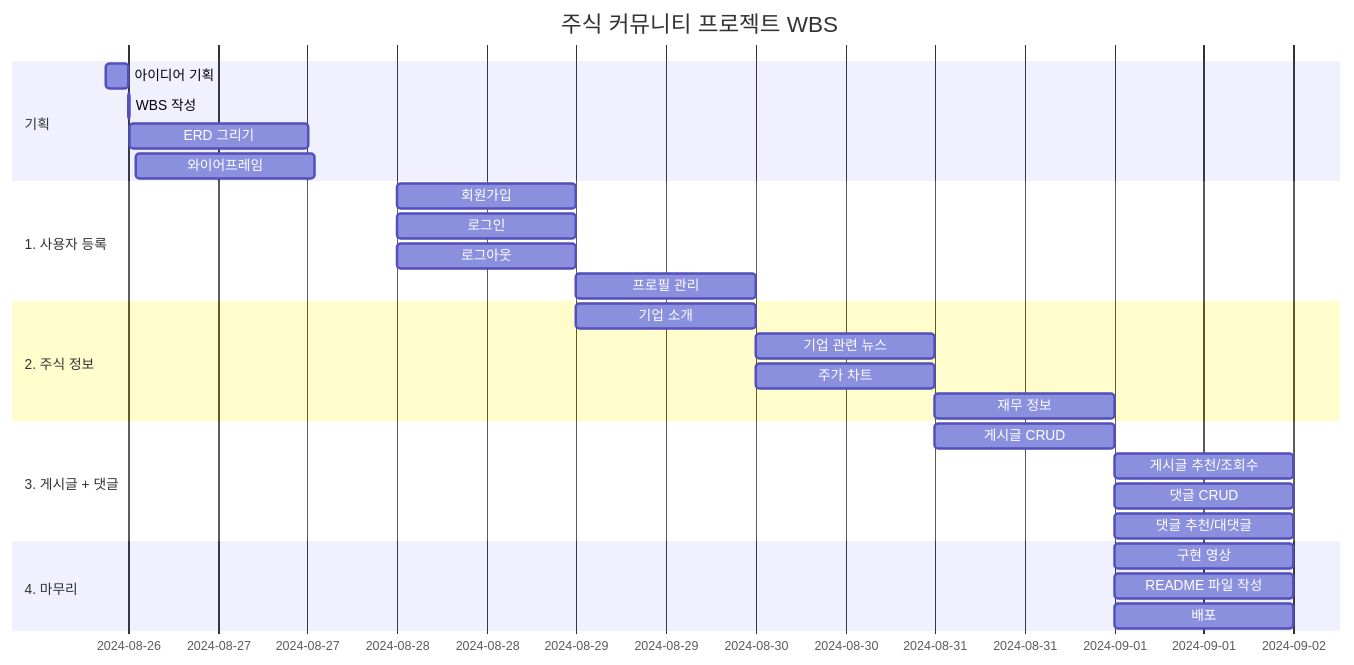
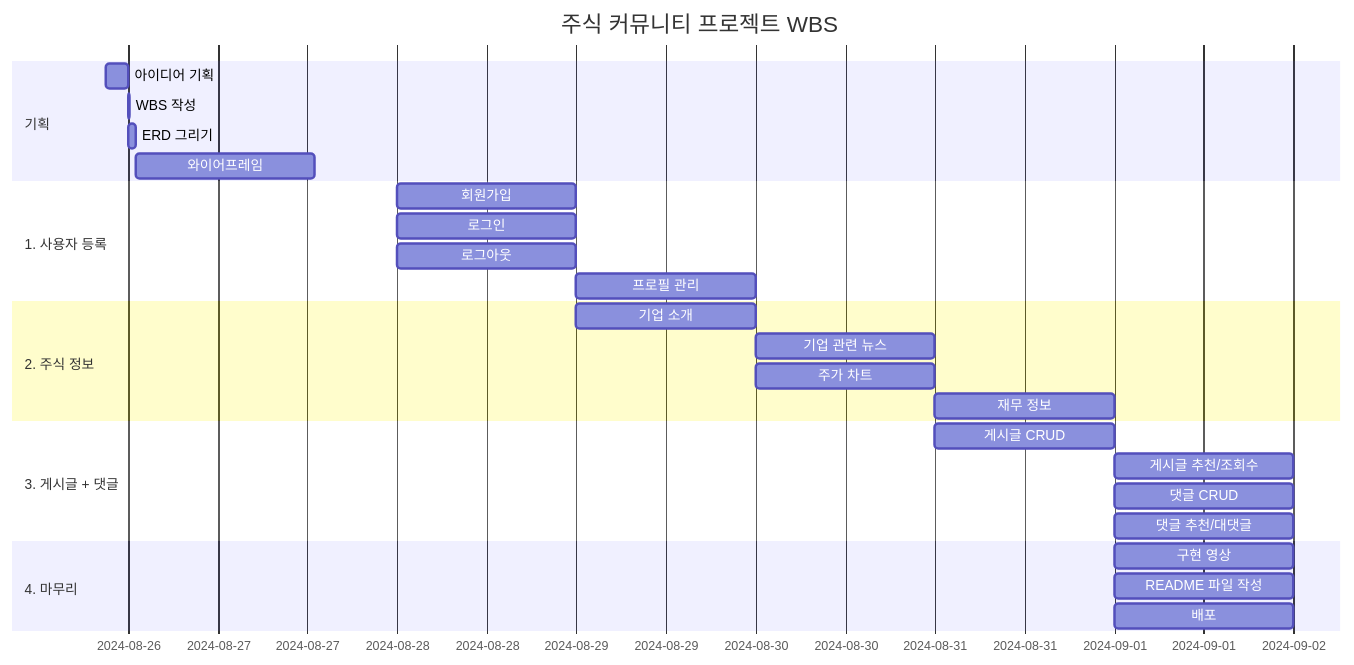
Before and after one commit to Donggyu-Kim1/stalk: the first of 3 diagrams in README.md, drawn with Mermaid. The commit also changed other lines of this file, not shown here.

Commit message:
ERD 작성

````diff
--- a/README.md
+++ b/README.md
@@ -189,34 +189,34 @@
 ```mermaid
 gantt
     title 주식 커뮤니티 프로젝트 WBS
     dateFormat  YYYY-MM-DD HH:mm
 
     section 기획
     아이디어 기획      :2024-08-26 09:00, 3h
     WBS 작성          :2024-08-26 12:00, 10m
-    ERD 그리기         :2024-08-26 12:10, 1d
+    ERD 그리기         :2024-08-26 12:00, 1h
     와이어프레임        :2024-08-26 13:00, 1d
 
     section 1. 사용자 등록
     회원가입           :2024-08-28, 1d
     로그인             :2024-08-28, 1d
     로그아웃           :2024-08-28, 1d
     프로필 관리         :2024-08-29, 1d
 
     section 2. 주식 정보
     기업 소개          :2024-08-29, 1d
     기업 관련 뉴스      :2024-08-30, 1d
     주가 차트          :2024-08-30, 1d
     재무 정보          :2024-08-31, 1d
 
     section 3. 게시글 + 댓글
     게시글 CRUD        :2024-08-31, 1d
     게시글 추천/조회수   :2024-09-01, 1d
     댓글 CRUD          :2024-09-01, 1d
     댓글 추천/대댓글     :2024-09-01, 1d
 
     section 4. 마무리
     구현 영상          :2024-09-01, 1d
     README 파일 작성   :2024-09-01, 1d
     배포              :2024-09-01, 1d
 ```
````
